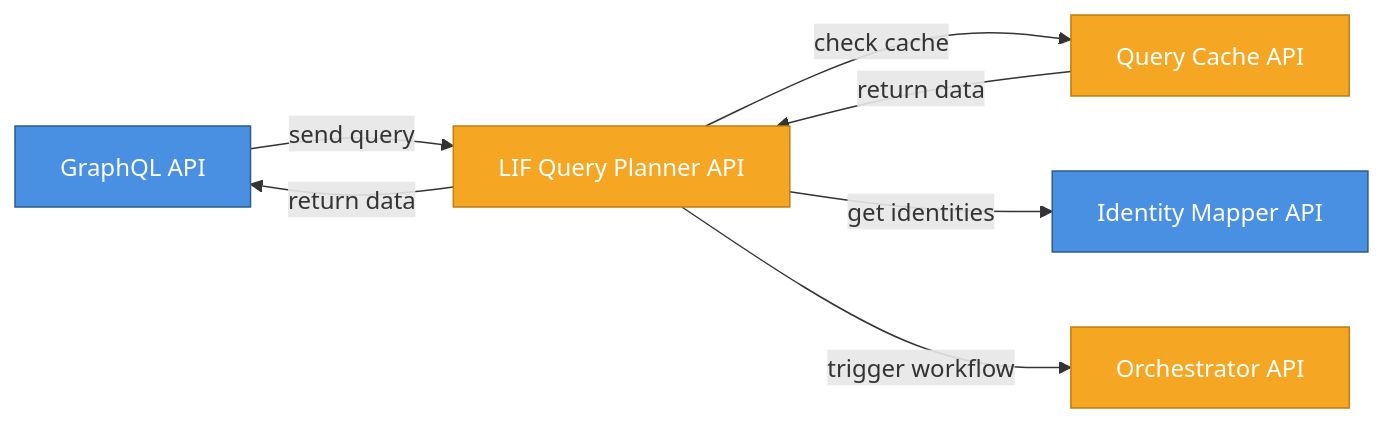
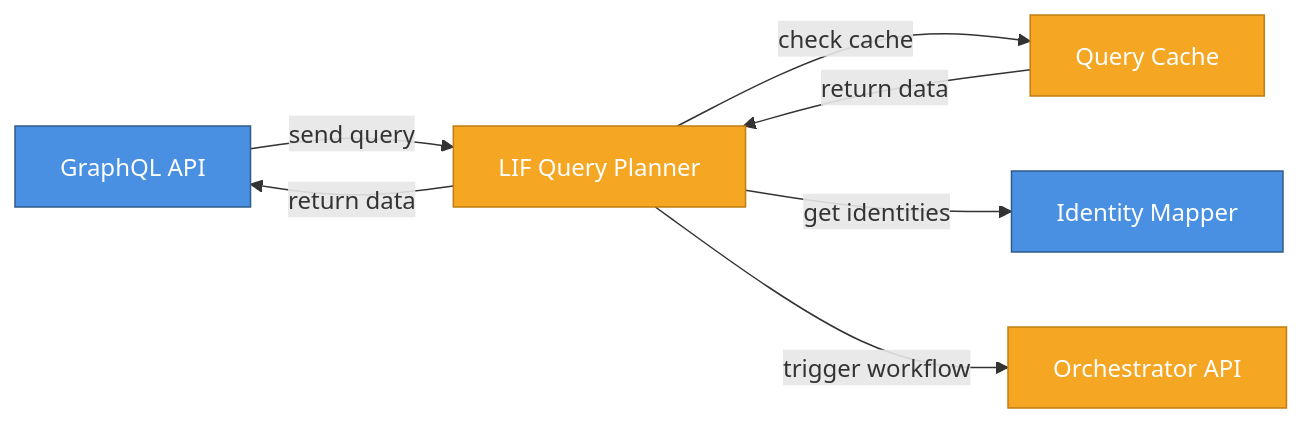
One commit to LIF-Initiative/lif-core changed diagram 11 of 16 in docs/lif_services_overview.md. Above: the diagram before and after it, drawn with Mermaid. The commit also changed other lines of this file, not shown here.

Commit message:
docs: update more diagrams and cleanup

````diff
--- a/docs/lif_services_overview.md
+++ b/docs/lif_services_overview.md
@@ -449,21 +469,21 @@
 ```mermaid
 graph LR
     GQL[GraphQL API]
-    QP[LIF Query Planner API]
-    Cache[Query Cache API]
-    IDMap[Identity Mapper API]
+    QP[LIF Query Planner]
+    Cache[Query Cache]
+    IDMap[Identity Mapper]
     Orch[Orchestrator API]
     
     GQL -->|send query| QP
     QP -->|check cache| Cache
     QP -->|get identities| IDMap
     QP -->|trigger workflow| Orch
     Cache -->|return data| QP
     QP -->|return data| GQL
     
     classDef infraStyle fill:#F5A623,stroke:#C17D11,color:#fff
     classDef coreStyle fill:#4A90E2,stroke:#2E5C8A,color:#fff
     
     class QP,Cache,Orch infraStyle
     class GQL,IDMap coreStyle
 ```
````
